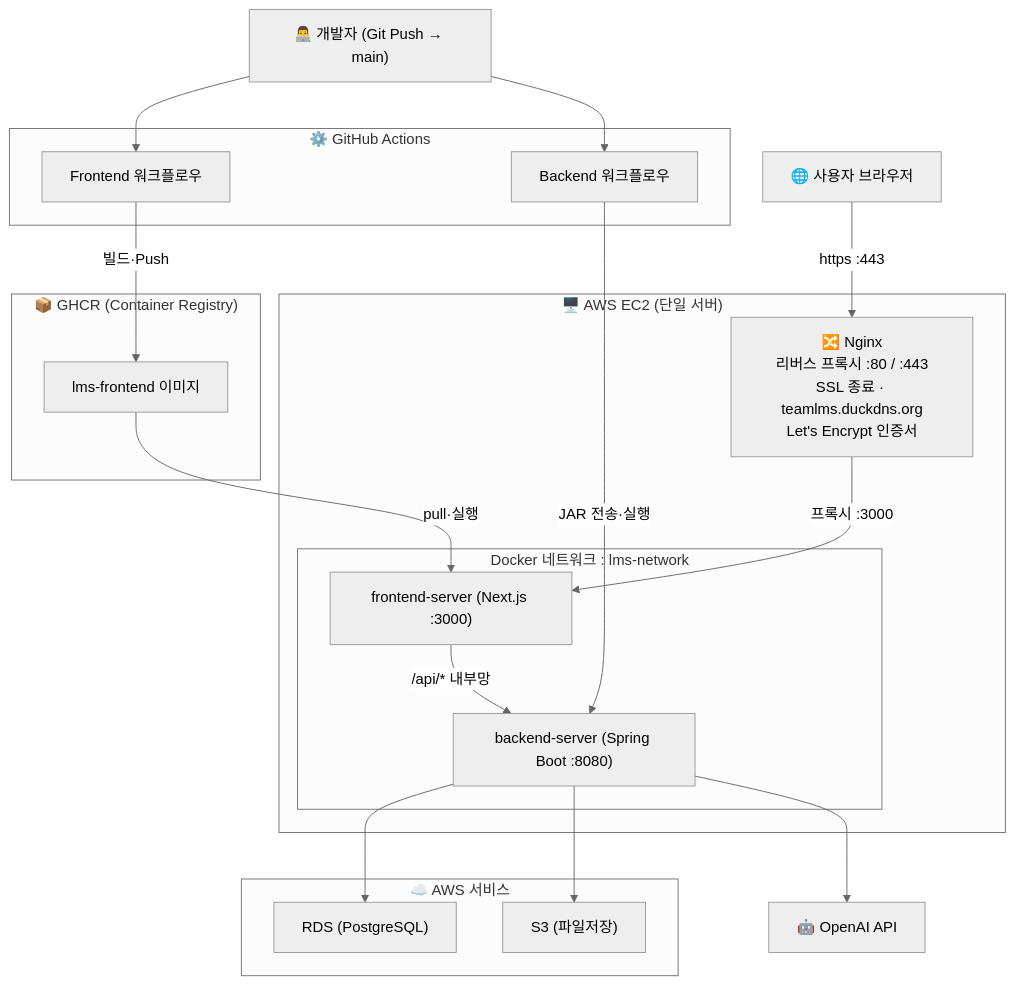
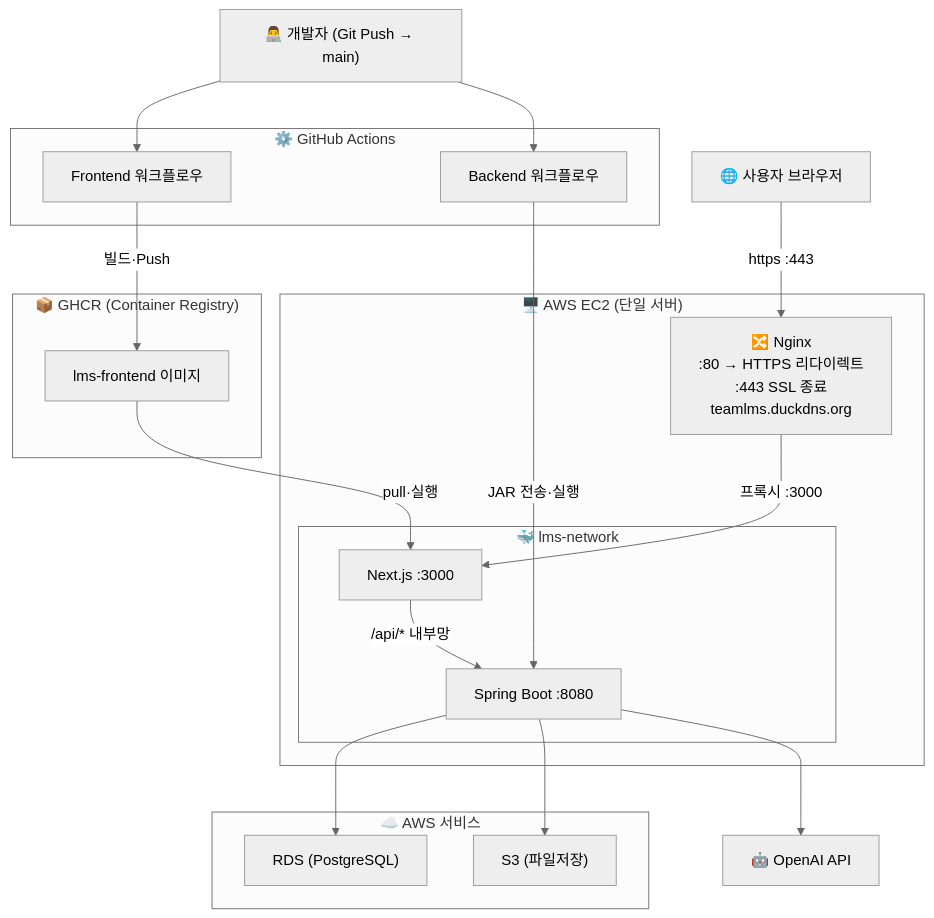
The first of 2 diagrams in infra/ec2_architecture.md (team-lms-2026-1/LMS-project), drawn with Mermaid (neutral theme) before and after one commit. The commit also changed other lines of this file, not shown here.

````diff
--- a/infra/ec2_architecture.md
+++ b/infra/ec2_architecture.md
@@ -5,39 +5,41 @@
 ```mermaid
 flowchart TD
     Dev["👨‍💻 개발자 (Git Push → main)"]
 
     subgraph CI ["⚙️ GitHub Actions"]
         FE_CI["Frontend 워크플로우"]
         BE_CI["Backend 워크플로우"]
     end
 
     subgraph GHCR ["📦 GHCR (Container Registry)"]
         IMG["lms-frontend 이미지"]
     end
 
     subgraph EC2 ["🖥️ AWS EC2 (단일 서버)"]
-        NGINX["🔀 Nginx\n리버스 프록시 :80 / :443\nSSL 종료 · teamlms.duckdns.org\nLet's Encrypt 인증서"]
-        subgraph NET ["Docker 네트워크 : lms-network"]
-            FE["frontend-server (Next.js :3000)"]
-            BE["backend-server (Spring Boot :8080)"]
+        NGINX["🔀 Nginx<br/>:80 → HTTPS 리다이렉트<br/>:443 SSL 종료<br/>teamlms.duckdns.org"]
+        subgraph NET ["🐳 lms-network"]
+            FE["Next.js :3000"]
+            BE["Spring Boot :8080"]
         end
     end
+
+
 
     subgraph AWS ["☁️ AWS 서비스"]
         RDS["RDS (PostgreSQL)"]
         S3["S3 (파일저장)"]
     end
 
     OAI["🤖 OpenAI API"]
     User["🌐 사용자 브라우저"]
 
     Dev --> FE_CI & BE_CI
     FE_CI -->|"빌드·Push"| IMG
     IMG -->|"pull·실행"| FE
     BE_CI -->|"JAR 전송·실행"| BE
 
     User -->|"https :443"| NGINX
     NGINX -->|"프록시 :3000"| FE
     FE -->|"/api/* 내부망"| BE
     BE --> RDS & S3 & OAI
 ```
````
